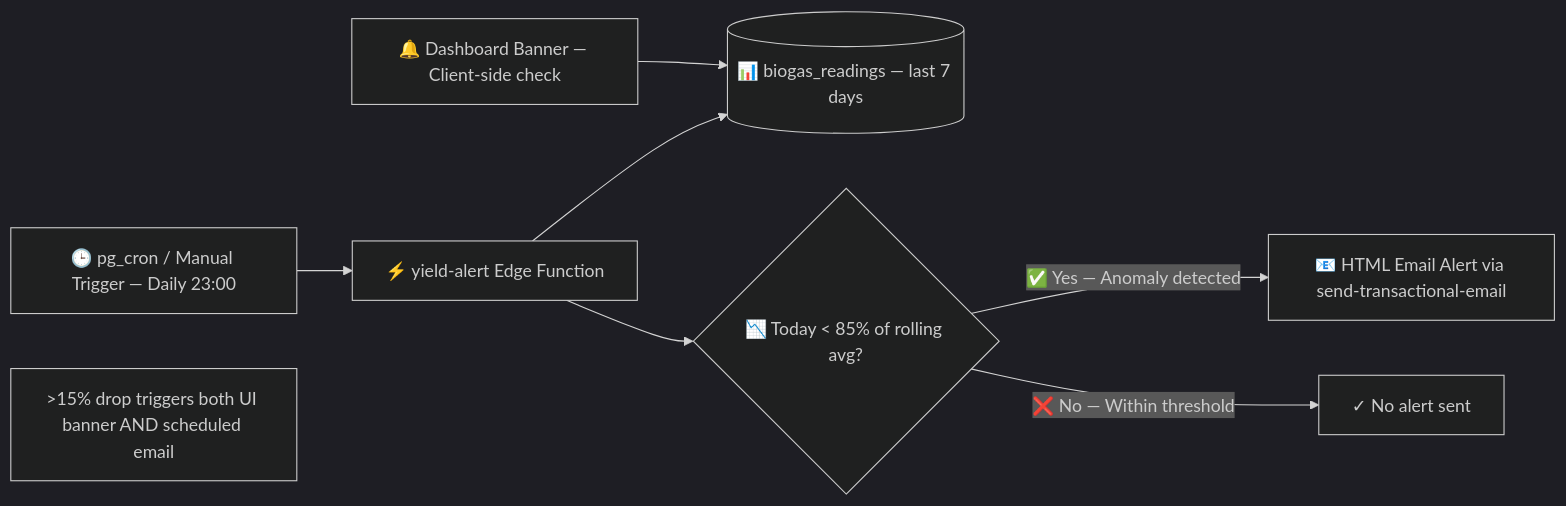
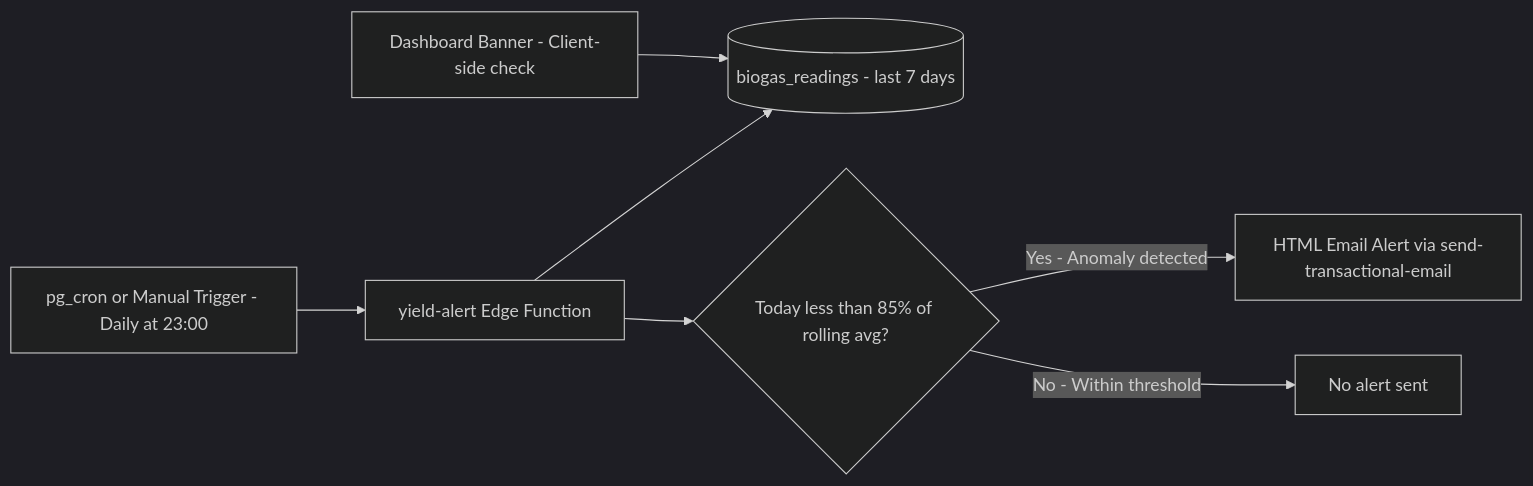
The fourth of 5 diagrams in README.md (Alokkumar2228/BioUrja), drawn with Mermaid (dark theme) before and after one commit. The commit also changed other lines of this file, not shown here.

````diff
--- a/README.md
+++ b/README.md
@@ -239,10 +252,9 @@
 ```mermaid
 flowchart LR
-  CRON[🕒 pg_cron / Manual Trigger — Daily 23:00] --> YIELD[⚡ yield-alert Edge Function]
-  YIELD --> READ[(📊 biogas_readings — last 7 days)]
-  YIELD --> RULE{📉 Today < 85% of rolling avg?}
-  RULE -->|✅ Yes — Anomaly detected| MAIL[📧 HTML Email Alert via send-transactional-email]
-  RULE -->|❌ No — Within threshold| OK[✓ No alert sent]
-  UIWARN[🔔 Dashboard Banner — Client-side check] --> READ
-  Note1[">15% drop triggers both UI banner AND scheduled email"]
+  CRON[pg_cron or Manual Trigger - Daily at 23:00] --> YIELD[yield-alert Edge Function]
+  YIELD --> READ[(biogas_readings - last 7 days)]
+  YIELD --> RULE{Today less than 85% of rolling avg?}
+  RULE -->|Yes - Anomaly detected| MAIL[HTML Email Alert via send-transactional-email]
+  RULE -->|No - Within threshold| OK[No alert sent]
+  UIWARN[Dashboard Banner - Client-side check] --> READ
 ```
````
